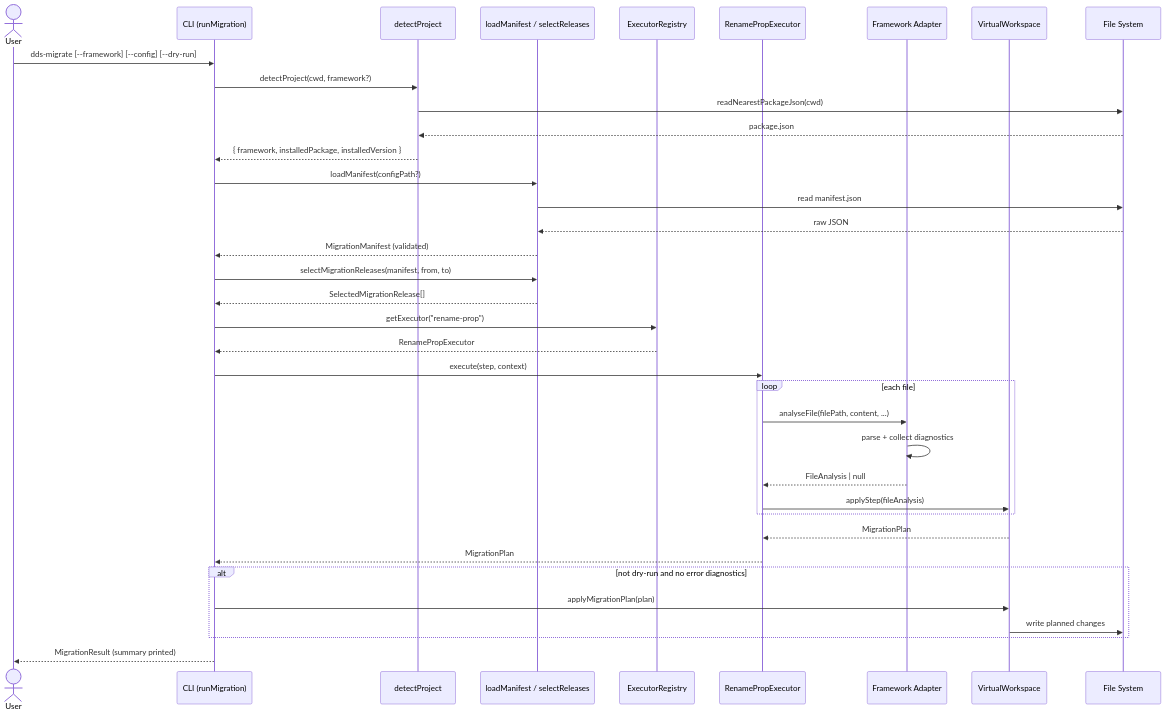
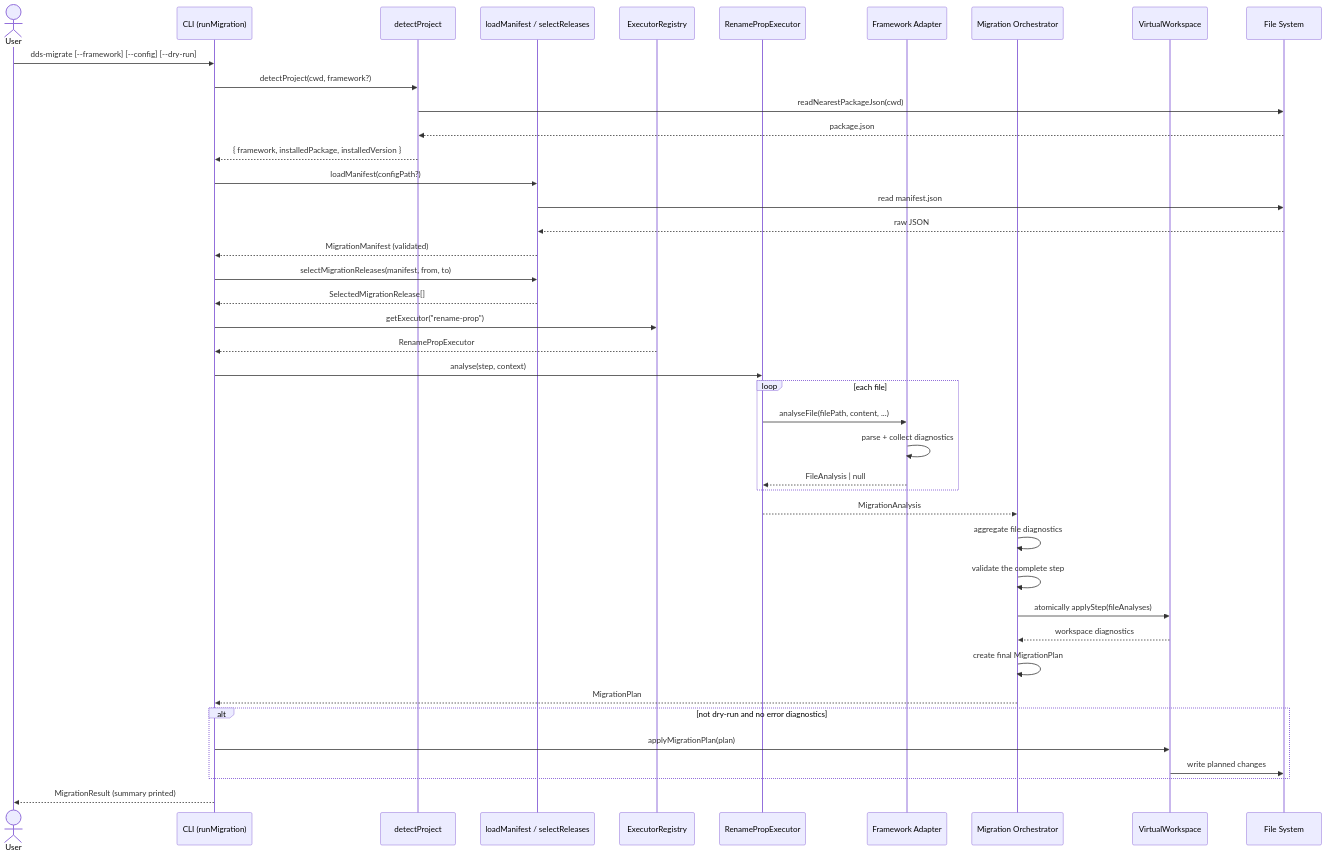
The second of 2 diagrams in packages/migrations/DOCS.md (Infineon/infineon-design-system-stencil), drawn with Mermaid before and after one commit. The commit also changed 7 other files, not shown here.

````diff
--- a/packages/migrations/DOCS.md
+++ b/packages/migrations/DOCS.md
@@ -72,49 +72,55 @@
 ```mermaid
 sequenceDiagram
   actor User
   participant CLI as CLI (runMigration)
   participant Project as detectProject
   participant Manifest as loadManifest / selectReleases
   participant Registry as ExecutorRegistry
   participant Executor as RenamePropExecutor
   participant Adapter as Framework Adapter
+  participant Orchestrator as Migration Orchestrator
   participant Workspace as VirtualWorkspace
   participant FS as File System
 
   User->>CLI: dds-migrate [--framework] [--config] [--dry-run]
 
   CLI->>Project: detectProject(cwd, framework?)
   Project->>FS: readNearestPackageJson(cwd)
   FS-->>Project: package.json
   Project-->>CLI: { framework, installedPackage, installedVersion }
 
   CLI->>Manifest: loadManifest(configPath?)
   Manifest->>FS: read manifest.json
   FS-->>Manifest: raw JSON
   Manifest-->>CLI: MigrationManifest (validated)
 
   CLI->>Manifest: selectMigrationReleases(manifest, from, to)
   Manifest-->>CLI: SelectedMigrationRelease[]
 
   CLI->>Registry: getExecutor("rename-prop")
   Registry-->>CLI: RenamePropExecutor
 
-  CLI->>Executor: execute(step, context)
+  CLI->>Executor: analyse(step, context)
 
   loop each file
     Executor->>Adapter: analyseFile(filePath, content, ...)
     Adapter->>Adapter: parse + collect diagnostics
     Adapter-->>Executor: FileAnalysis | null
-    Executor->>Workspace: applyStep(fileAnalysis)
   end
 
-  Workspace-->>Executor: MigrationPlan
-  Executor-->>CLI: MigrationPlan
+  Executor-->>Orchestrator: MigrationAnalysis
+
+  Orchestrator->>Orchestrator: aggregate file diagnostics
+  Orchestrator->>Orchestrator: validate the complete step
+  Orchestrator->>Workspace: atomically applyStep(fileAnalyses)
+  Workspace-->>Orchestrator: workspace diagnostics
+  Orchestrator->>Orchestrator: create final MigrationPlan
+  Orchestrator-->>CLI: MigrationPlan
 
   alt not dry-run and no error diagnostics
     CLI->>Workspace: applyMigrationPlan(plan)
     Workspace->>FS: write planned changes
   end
 
   CLI-->>User: MigrationResult (summary printed)
 ```
````
